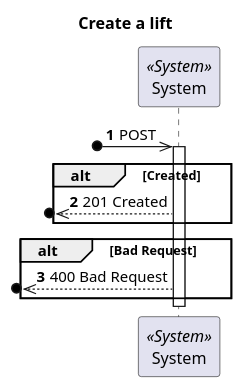
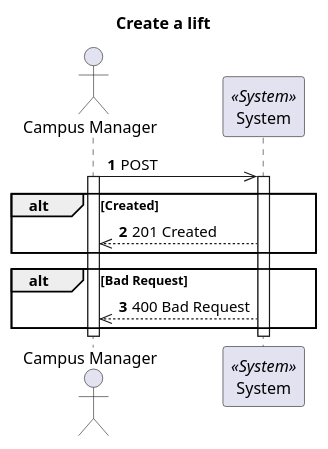
One commit to 1210910/lapr5 changed the diagram in docs/VistaProcesso/US270(1130)/ProcessView_Level1_US270.puml. Above: the diagram before and after it, drawn with PlantUML. The commit also changed 48 other files, not shown here.

```diff
--- a/docs/VistaProcesso/US270(1130)/ProcessView_Level1_US270.puml
+++ b/docs/VistaProcesso/US270(1130)/ProcessView_Level1_US270.puml
@@ -1,24 +1,26 @@
 @startuml
 'https://plantuml.com/sequence-diagram
 
 autonumber
 skinparam packageStyle rect
 
 title Create a lift
 
+actor "Campus Manager" as CM
 participant "System" as Sys <<System>>
 
-?o->> Sys : POST
+CM->> Sys : POST
 
+activate CM
 activate Sys
 alt Created
-   ?o<<--Sys : 201 Created
+   CM<<--Sys : 201 Created
 end
 alt Bad Request
-   ?o<<--Sys : 400 Bad Request
+   CM<<--Sys : 400 Bad Request
 end
-
+deactivate CM
 deactivate Sys
 
 
 @enduml
```
